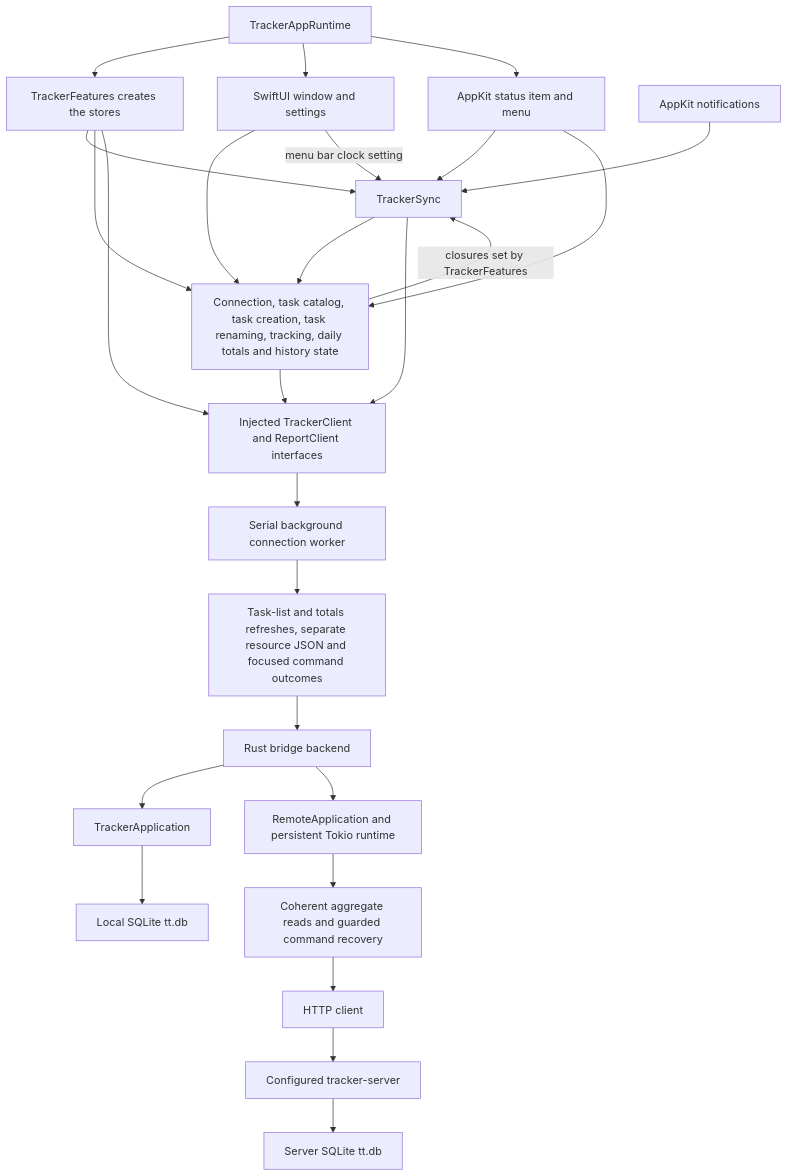
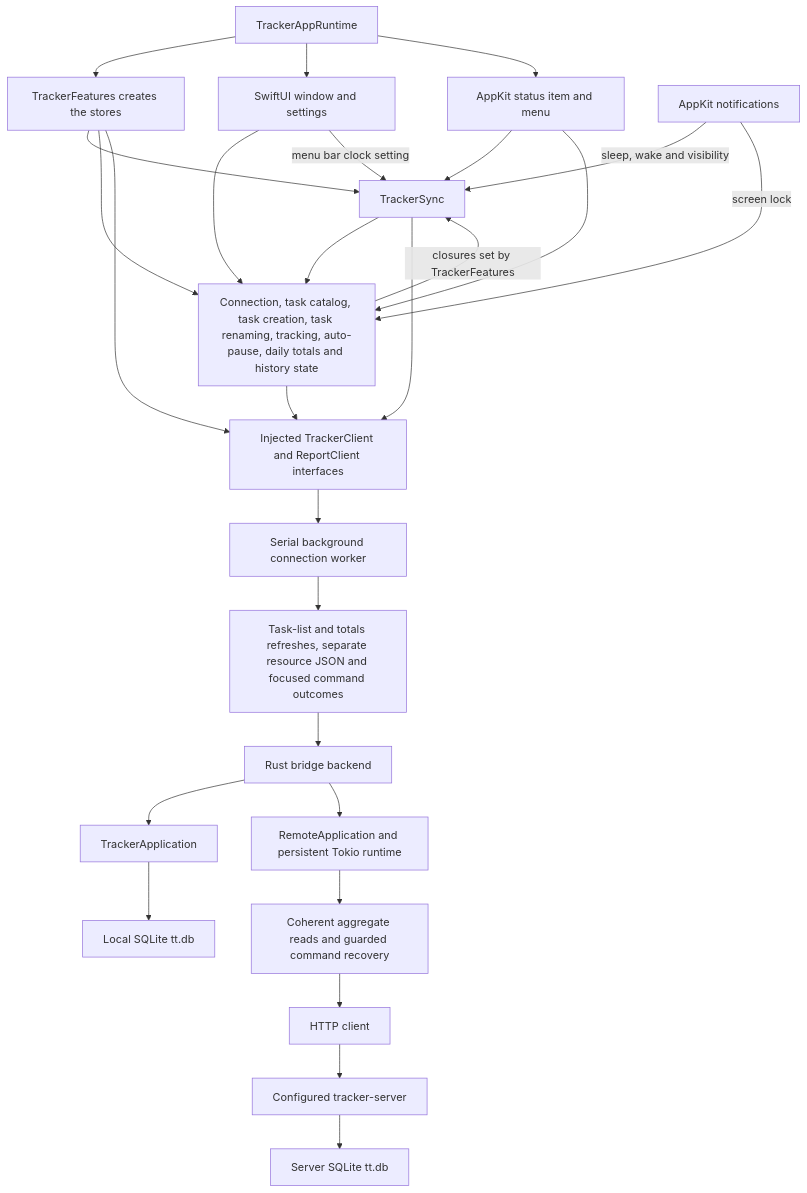
One commit to remshams/time-tracker changed the diagram in apps/swiftui/README.md. Above: the diagram before and after it, drawn with Mermaid.

Commit message:
docs(SwiftUIApp): route screen lock events to the auto-pause in the diagram

````diff
--- a/apps/swiftui/README.md
+++ b/apps/swiftui/README.md
@@ -291,25 +291,26 @@
 ```mermaid
 flowchart TD
     Runtime[TrackerAppRuntime] --> TrackerFeatures[TrackerFeatures creates the stores]
     Runtime --> UI[SwiftUI window and settings]
     Runtime --> Menu[AppKit status item and menu]
     Menu --> Sync[TrackerSync]
     Menu --> Features
     UI --> Features
     UI -->|menu bar clock setting| Sync
     TrackerFeatures --> Sync
     Features -->|closures set by TrackerFeatures| Sync
-    TrackerFeatures & Sync --> Features[Connection, task catalog, task creation, task renaming, tracking, daily totals and history state]
-    Lifecycle[AppKit notifications] --> Sync
+    TrackerFeatures & Sync --> Features[Connection, task catalog, task creation, task renaming, tracking, auto-pause, daily totals and history state]
+    Lifecycle[AppKit notifications] -->|sleep, wake and visibility| Sync
+    Lifecycle -->|screen lock| Features
     TrackerFeatures & Sync & Features --> Port[Injected TrackerClient and ReportClient interfaces]
     Port --> Worker[Serial background connection worker]
     Worker --> ABI[Task-list and totals refreshes, separate resource JSON and focused command outcomes]
     ABI --> Backend[Rust bridge backend]
     Backend --> Local[TrackerApplication]
     Local --> DB[Local SQLite tt.db]
     Backend --> Remote[RemoteApplication and persistent Tokio runtime]
     Remote --> Coordinator[Coherent aggregate reads and guarded command recovery]
     Coordinator --> HTTP[HTTP client]
     HTTP --> Server[Configured tracker-server]
     Server --> ServerDB[Server SQLite tt.db]
 ```
````
